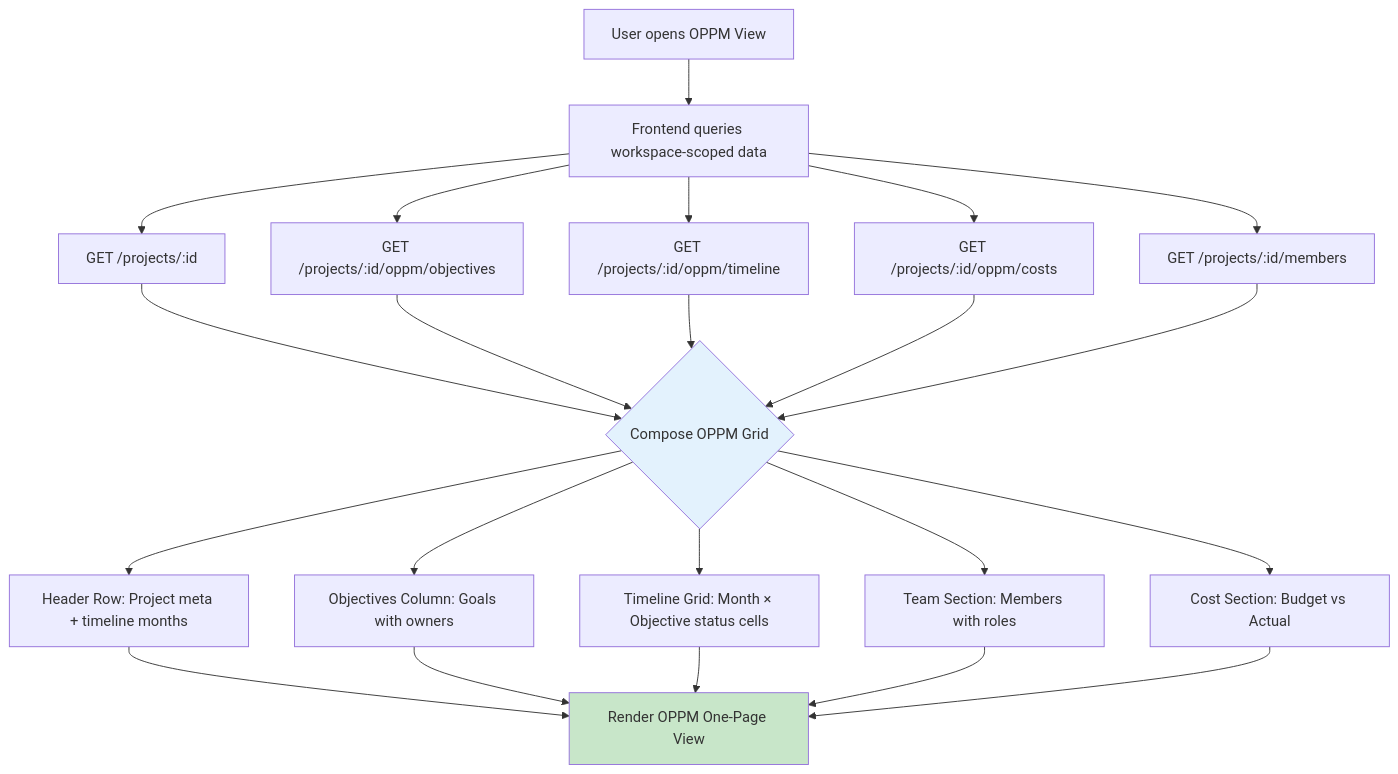
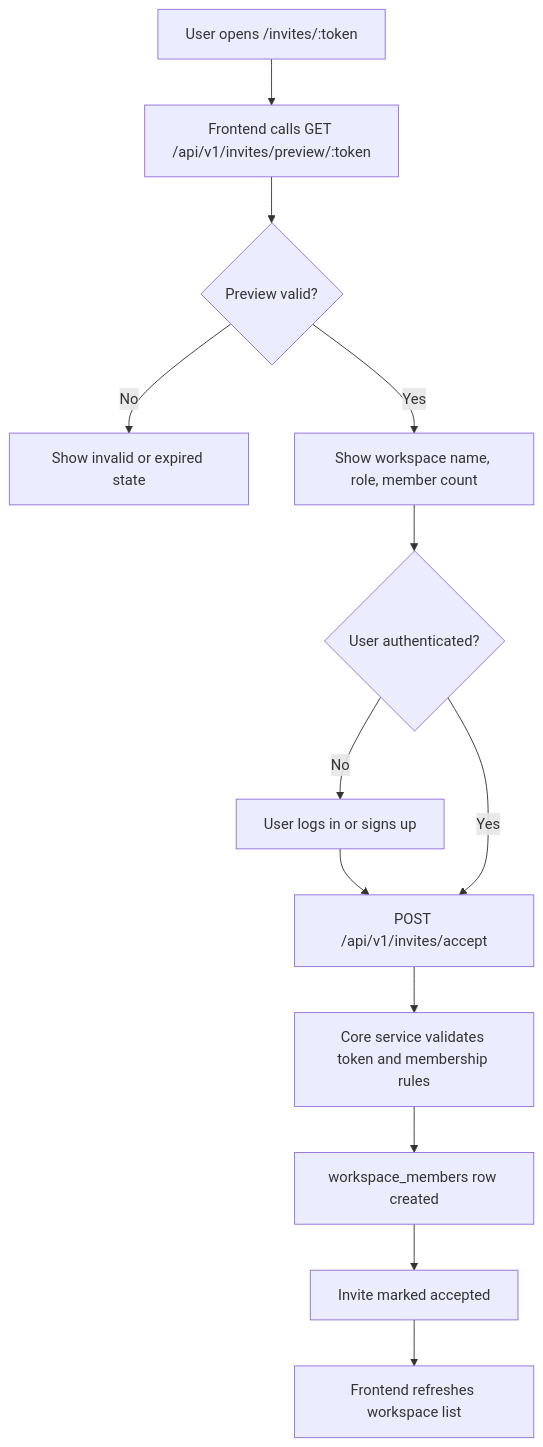
One commit to cvrvai/OPPM-AI-work-management-system changed the second of 8 diagrams in docs/FLOWCHARTS.md. Above: the diagram before and after it, drawn with Mermaid. The commit also changed other lines of this file and 12 other files, not shown here.

````diff
--- a/docs/FLOWCHARTS.md
+++ b/docs/FLOWCHARTS.md
@@ -115,31 +35,15 @@
 ```mermaid
 flowchart TD
-    A[User opens OPPM View] --> B[Frontend queries workspace-scoped data]
-
-    B --> C[GET /projects/:id]
-    B --> D[GET /projects/:id/oppm/objectives]
-    B --> E[GET /projects/:id/oppm/timeline]
-    B --> F[GET /projects/:id/oppm/costs]
-    B --> G[GET /projects/:id/members]
-
-    C --> H{Compose OPPM Grid}
-    D --> H
-    E --> H
-    F --> H
-    G --> H
-
-    H --> I[Header Row: Project meta + timeline months]
-    H --> J[Objectives Column: Goals with owners]
-    H --> K[Timeline Grid: Month × Objective status cells]
-    H --> L[Team Section: Members with roles]
-    H --> M[Cost Section: Budget vs Actual]
-
-    I --> N[Render OPPM One-Page View]
-    J --> N
-    K --> N
-    L --> N
-    M --> N
-
-    style H fill:#e3f2fd
-    style N fill:#c8e6c9
+    A[User opens /invites/:token] --> B[Frontend calls GET /api/v1/invites/preview/:token]
+    B --> C{Preview valid?}
+    C -- No --> D[Show invalid or expired state]
+    C -- Yes --> E[Show workspace name, role, member count]
+    E --> F{User authenticated?}
+    F -- No --> G[User logs in or signs up]
+    G --> H[POST /api/v1/invites/accept]
+    F -- Yes --> H[POST /api/v1/invites/accept]
+    H --> I[Core service validates token and membership rules]
+    I --> J[workspace_members row created]
+    J --> K[Invite marked accepted]
+    K --> L[Frontend refreshes workspace list]
 ```
````
